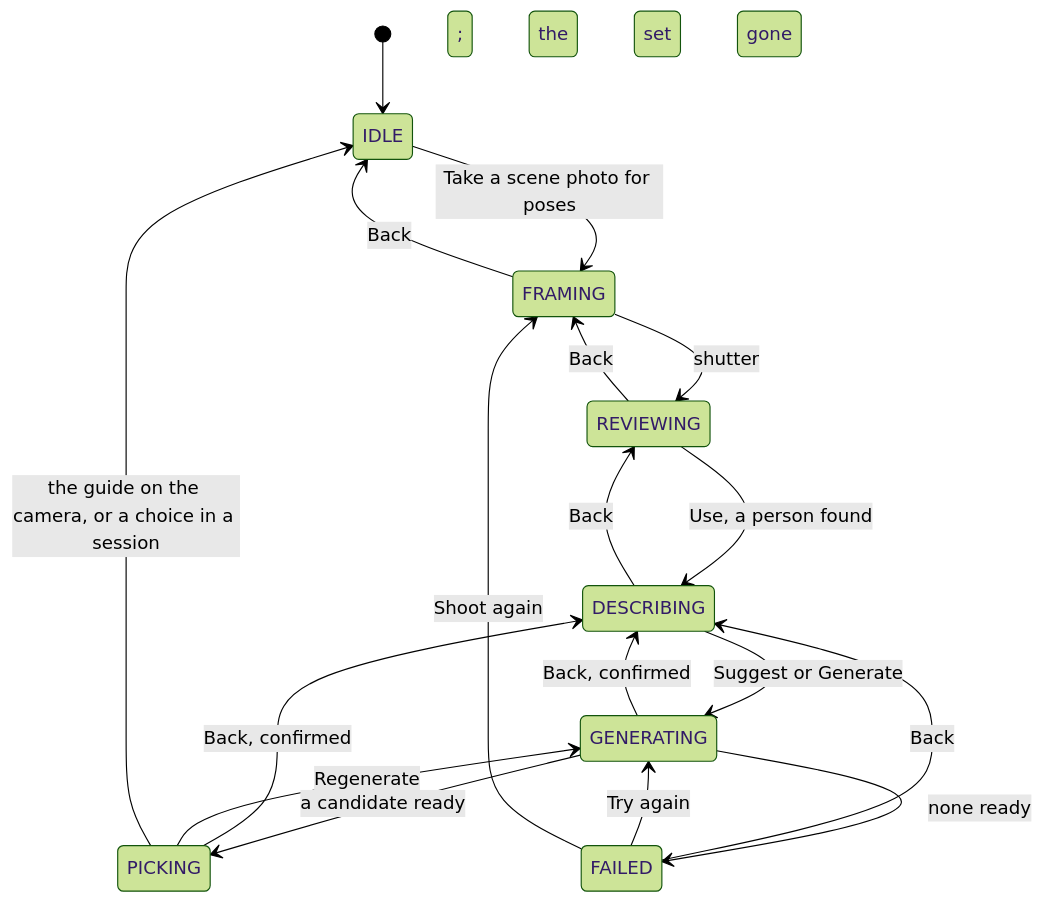
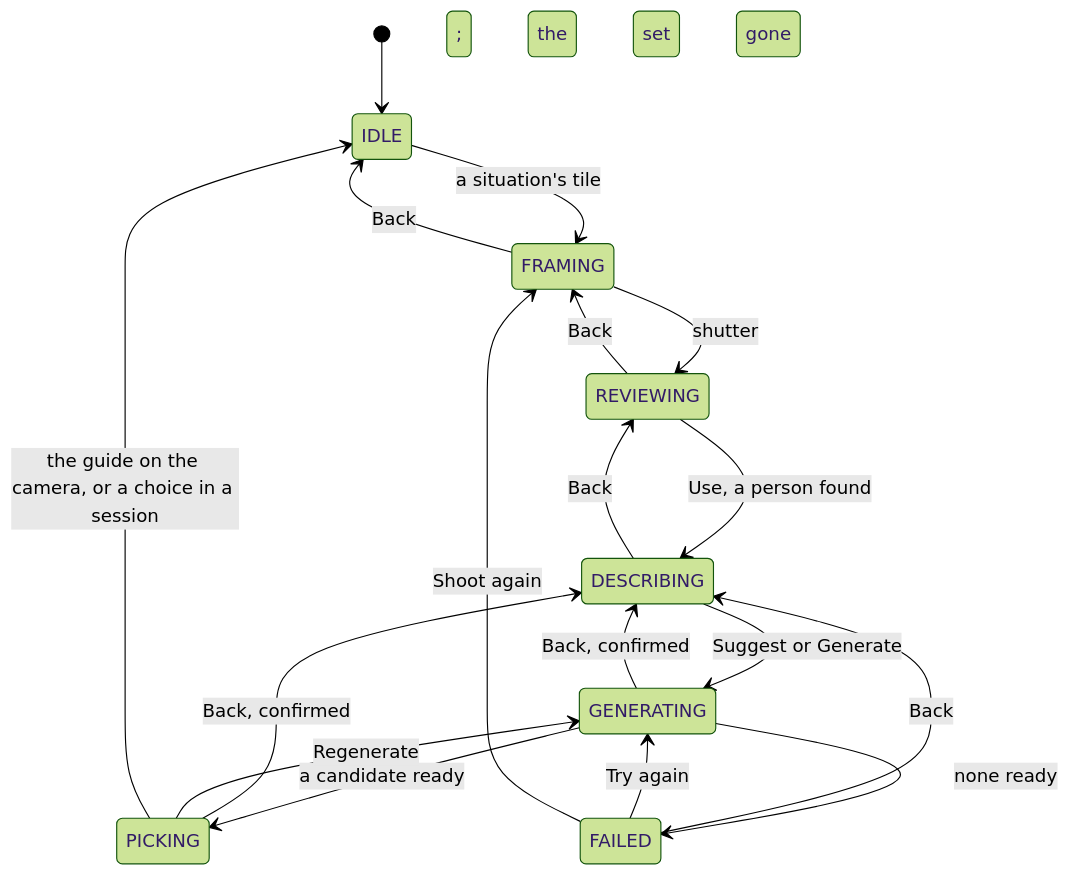
Before and after one commit to snuhcs-course/swpp-2026-project-team-10: diagram 13 of 14 in wiki/Design-Documentation.md, drawn with Mermaid (forest theme). The commit also changed other lines of this file and 33 other files, not shown here.

Commit message:
feat: make each situation's tile its button, and keep the sheet open when the picker closes (#250)

````diff
--- a/wiki/Design-Documentation.md
+++ b/wiki/Design-Documentation.md
@@ -1526,20 +1527,20 @@
 ```mermaid
 stateDiagram-v2
   [*] --> IDLE
-  IDLE --> FRAMING: Take a scene photo for poses
+  IDLE --> FRAMING: a situation's tile
   FRAMING --> IDLE: Back
   FRAMING --> REVIEWING: shutter
   REVIEWING --> FRAMING: Back
   REVIEWING --> DESCRIBING: Use, a person found
   DESCRIBING --> REVIEWING: Back
   DESCRIBING --> GENERATING: Suggest or Generate
   GENERATING --> DESCRIBING: Back, confirmed
   GENERATING --> PICKING: a candidate ready
   GENERATING --> FAILED: none ready
   PICKING --> DESCRIBING: Back, confirmed; the set gone
   PICKING --> GENERATING: Regenerate
   PICKING --> IDLE: the guide on the camera, or a choice in a session
   FAILED --> DESCRIBING: Back
   FAILED --> GENERATING: Try again
   FAILED --> FRAMING: Shoot again
 ```
````
